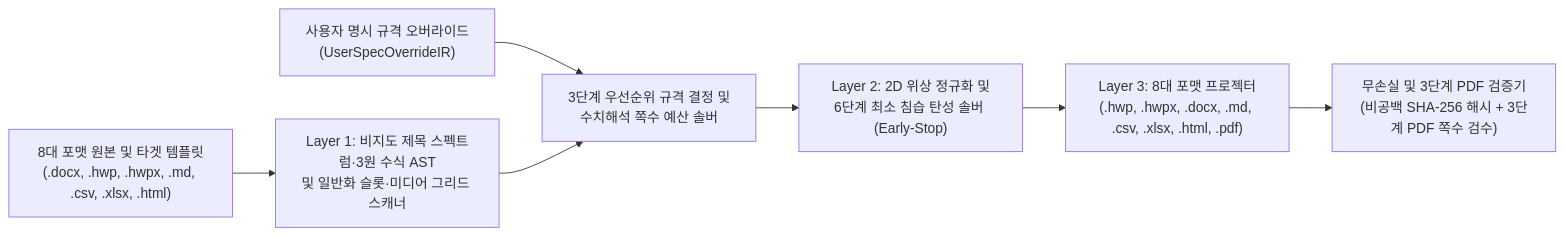
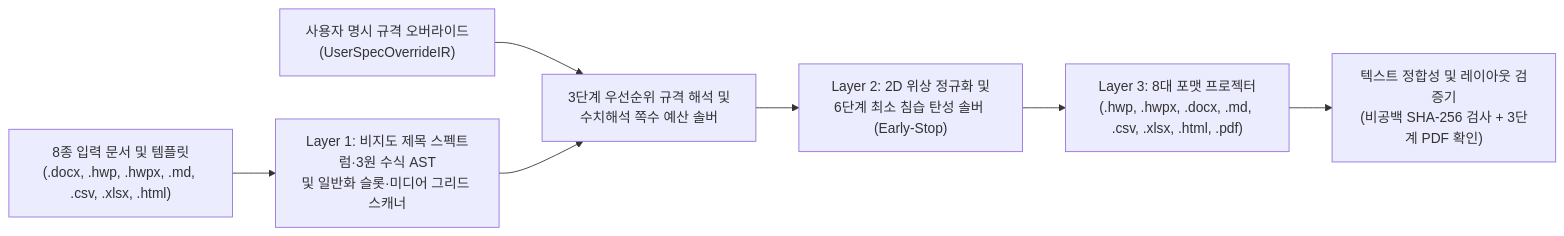
One commit to Team-Sequence-Thaumaturge/-document-IR changed the diagram in README_KO.md. Above: the diagram before and after it, drawn with Mermaid. The commit also changed other lines of this file and 9 other files, not shown here.

````diff
--- a/README_KO.md
+++ b/README_KO.md
@@ -29,9 +85,9 @@
 ```mermaid
 flowchart LR
-    A["8대 포맷 원본 및 타겟 템플릿<br/>(.docx, .hwp, .hwpx, .md, .csv, .xlsx, .html)"] --> B["Layer 1: 비지도 제목 스펙트럼·3원 수식 AST<br/>및 일반화 슬롯·미디어 그리드 스캐너"]
-    U["사용자 명시 규격 오버라이드<br/>(UserSpecOverrideIR)"] --> C["3단계 우선순위 규격 결정 및<br/>수치해석 쪽수 예산 솔버"]
+    A["8종 입력 문서 및 템플릿<br/>(.docx, .hwp, .hwpx, .md, .csv, .xlsx, .html)"] --> B["Layer 1: 비지도 제목 스펙트럼·3원 수식 AST<br/>및 일반화 슬롯·미디어 그리드 스캐너"]
+    U["사용자 명시 규격 오버라이드<br/>(UserSpecOverrideIR)"] --> C["3단계 우선순위 규격 해석 및<br/>수치해석 쪽수 예산 솔버"]
     B --> C
     C --> D["Layer 2: 2D 위상 정규화 및<br/>6단계 최소 침습 탄성 솔버 (Early-Stop)"]
     D --> E["Layer 3: 8대 포맷 프로젝터<br/>(.hwp, .hwpx, .docx, .md, .csv, .xlsx, .html, .pdf)"]
-    E --> F["무손실 및 3단계 PDF 검증기<br/>(비공백 SHA-256 해시 + 3단계 PDF 쪽수 검수)"]
+    E --> F["텍스트 정합성 및 레이아웃 검증기<br/>(비공백 SHA-256 검사 + 3단계 PDF 확인)"]
 ```
````
